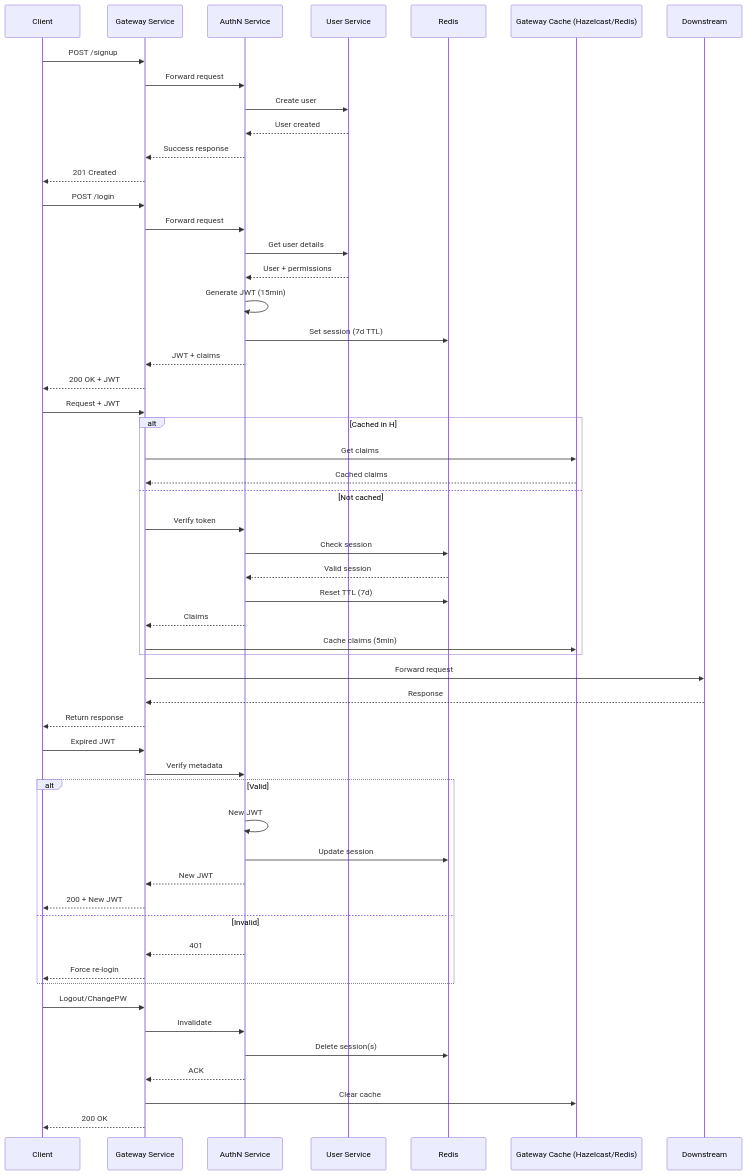
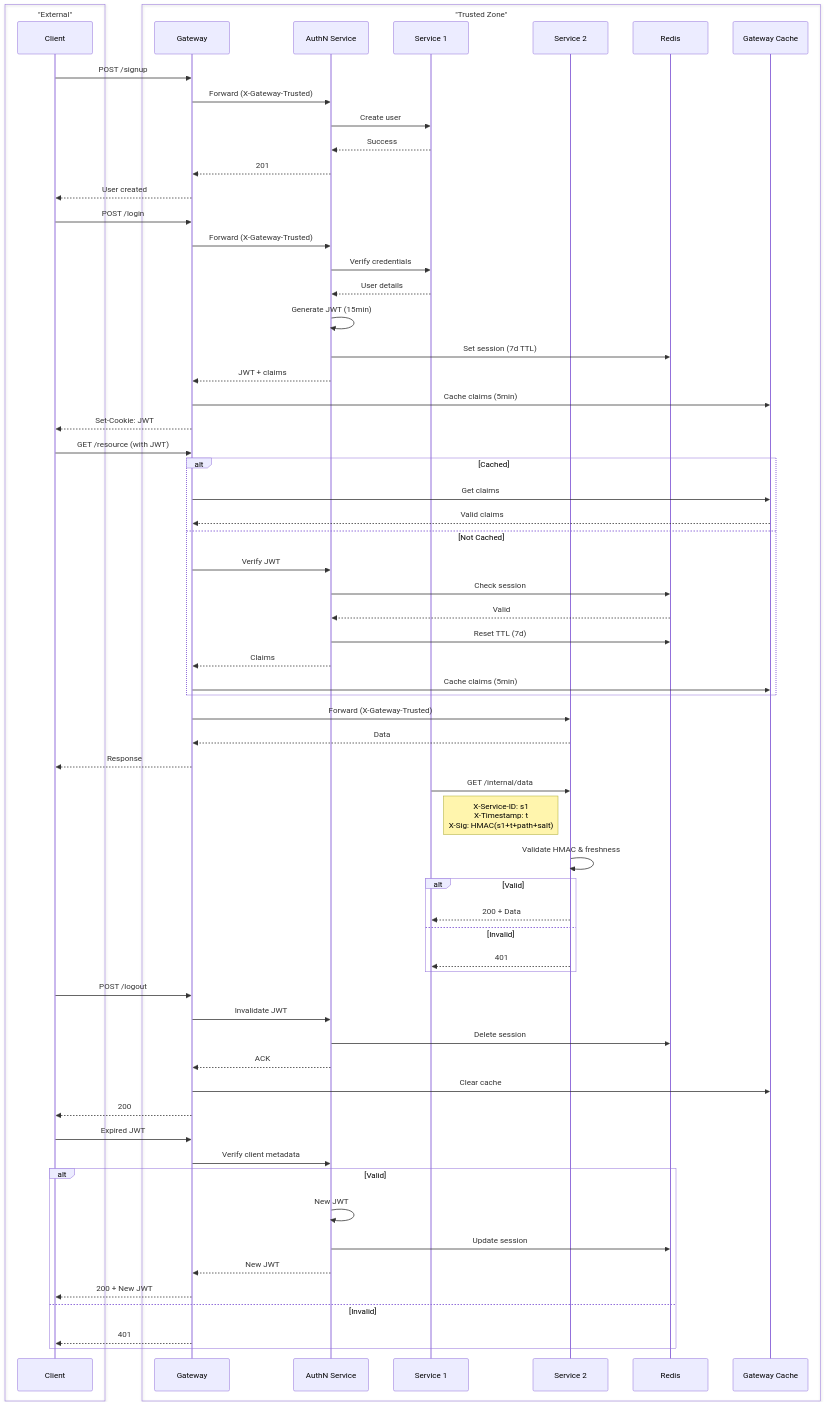
Before and after one commit to Cloud-Commerce/microservices-orchestration: the diagram in AuthN-Authz-Sequence.md, drawn with Mermaid.

````diff
--- a/AuthN-Authz-Sequence.md
+++ b/AuthN-Authz-Sequence.md
@@ -1,65 +1,82 @@
 ```mermaid
 sequenceDiagram
-    participant C as Client
-    participant G as Gateway Service
-    participant A as AuthN Service
-    participant U as User Service
-    participant R as Redis
-    participant H as Gateway Cache (Hazelcast/Redis)
+    box "External"
+        participant C as Client
+    end
+    box "Trusted Zone"
+        participant G as Gateway
+        participant A as AuthN Service
+        participant S1 as Service 1
+        participant S2 as Service 2
+        participant R as Redis
+        participant H as Gateway Cache
+    end
 
-    %% Signup Flow
+    %% ===== CLIENT-FACING FLOWS =====
+    %% Signup
     C->>G: POST /signup
-    G->>A: Forward request
-    A->>U: Create user
-    U-->>A: User created
-    A-->>G: Success response
-    G-->>C: 201 Created
+    G->>A: Forward (X-Gateway-Trusted)
+    A->>S1: Create user
+    S1-->>A: Success
+    A-->>G: 201
+    G-->>C: User created
 
-    %% Login Flow
+    %% Login
     C->>G: POST /login
-    G->>A: Forward request
-    A->>U: Get user details
-    U-->>A: User + permissions
+    G->>A: Forward (X-Gateway-Trusted)
+    A->>S1: Verify credentials
+    S1-->>A: User details
     A->>A: Generate JWT (15min)
     A->>R: Set session (7d TTL)
     A-->>G: JWT + claims
-    G-->>C: 200 OK + JWT
+    G->>H: Cache claims (5min)
+    G-->>C: Set-Cookie: JWT
 
-    %% Regular Request Flow
-    C->>G: Request + JWT
-    alt Cached in H
+    %% Authenticated Request
+    C->>G: GET /resource (with JWT)
+    alt Cached
         G->>H: Get claims
-        H-->>G: Cached claims
-    else Not cached
-        G->>A: Verify token
+        H-->>G: Valid claims
+    else Not Cached
+        G->>A: Verify JWT
         A->>R: Check session
-        R-->>A: Valid session
+        R-->>A: Valid
         A->>R: Reset TTL (7d)
         A-->>G: Claims
         G->>H: Cache claims (5min)
     end
-    G->>Downstream: Forward request
-    Downstream-->>G: Response
-    G-->>C: Return response
+    G->>S2: Forward (X-Gateway-Trusted)
+    S2-->>G: Data
+    G-->>C: Response
+
+    %% ===== SERVICE-TO-SERVICE FLOWS =====
+    S1->>S2: GET /internal/data
+    Note right of S1: X-Service-ID: s1<br>X-Timestamp: t<br>X-Sig: HMAC(s1+t+path+salt)
+    S2->>S2: Validate HMAC & freshness
+    alt Valid
+        S2-->>S1: 200 + Data
+    else Invalid
+        S2-->>S1: 401
+    end
+
+    %% ===== SECURITY OPERATIONS =====
+    %% Logout
+    C->>G: POST /logout
+    G->>A: Invalidate JWT
+    A->>R: Delete session
+    A-->>G: ACK
+    G->>H: Clear cache
+    G-->>C: 200
 
     %% Token Refresh
     C->>G: Expired JWT
-    G->>A: Verify metadata
+    G->>A: Verify client metadata
     alt Valid
         A->>A: New JWT
         A->>R: Update session
         A-->>G: New JWT
         G-->>C: 200 + New JWT
     else Invalid
-        A-->>G: 401
-        G-->>C: Force re-login
+        G-->>C: 401
     end
-
-    %% Logout/Password Change
-    C->>G: Logout/ChangePW
-    G->>A: Invalidate
-    A->>R: Delete session(s)
-    A-->>G: ACK
-    G->>H: Clear cache
-    G-->>C: 200 OK
 ```
````
